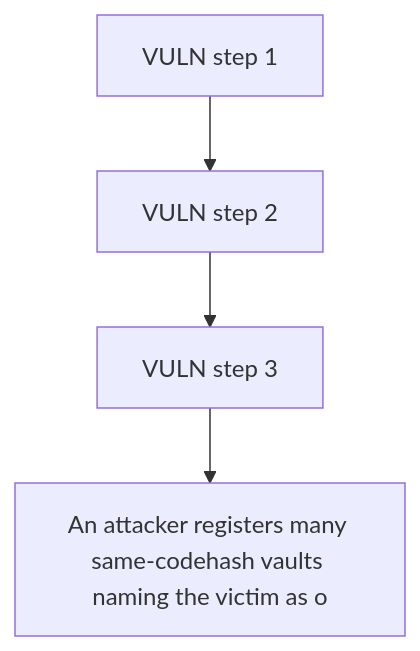
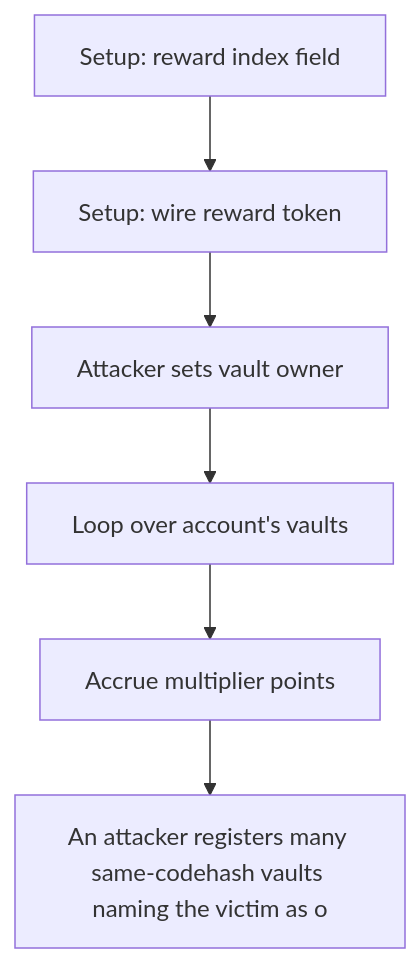
The diagram in 65324-malicious-actors-can-force-vaults-to-exit-if-they-wish-to-ge_exp/65324-malicious-actors-can-force-vaults-to-exit-if-they-wish-to-ge_exp.md (sanbir/evm-hack-registry), drawn with Mermaid before and after one commit. The commit also changed other lines of this file and 79 other files, not shown here.

````diff
--- a/65324-malicious-actors-can-force-vaults-to-exit-if-they-wish-to-ge_exp/65324-malicious-actors-can-force-vaults-to-exit-if-they-wish-to-ge_exp.md
+++ b/65324-malicious-actors-can-force-vaults-to-exit-if-they-wish-to-ge_exp/65324-malicious-actors-can-force-vaults-to-exit-if-they-wish-to-ge_exp.md
@@ -28,10 +28,14 @@
 ```mermaid
 flowchart TD
-  S0["VULN step 1"]
-  S1["VULN step 2"]
-  S2["VULN step 3"]
+  S0["Setup: reward index field"]
+  S1["Setup: wire reward token"]
+  S2["Attacker sets vault owner"]
+  S3["Loop over account's vaults"]
+  S4["Accrue multiplier points"]
   H["An attacker registers many same-codehash vaults naming the victim as o"]
   S0 --> S1
   S1 --> S2
-  S2 --> H
+  S2 --> S3
+  S3 --> S4
+  S4 --> H
 ```
````
